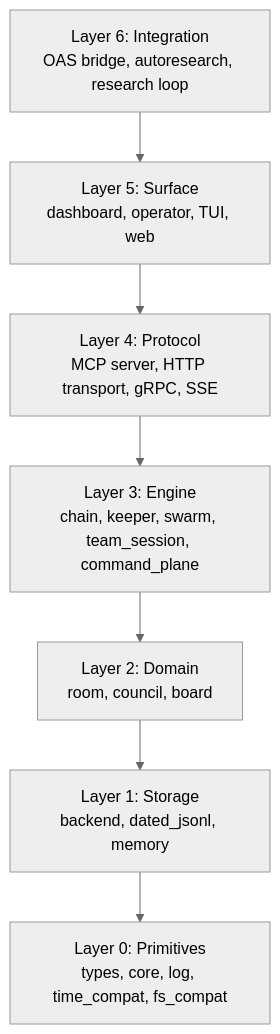
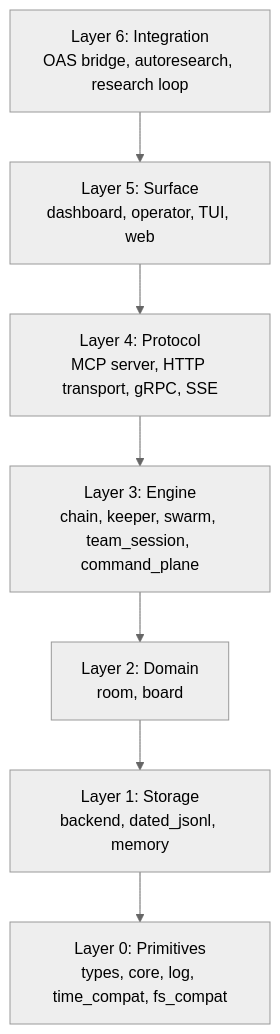
One commit to jeong-sik/masc changed the diagram in docs/spec/SPEC-INDEX.md. Above: the diagram before and after it, drawn with Mermaid (neutral theme). The commit also changed other lines of this file and 51 other files, not shown here.

````diff
--- a/docs/spec/SPEC-INDEX.md
+++ b/docs/spec/SPEC-INDEX.md
@@ -28,17 +28,17 @@
 ```mermaid
 graph TB
     L6["Layer 6: Integration<br/>OAS bridge, autoresearch, research loop"]
     L5["Layer 5: Surface<br/>dashboard, operator, TUI, web"]
     L4["Layer 4: Protocol<br/>MCP server, HTTP transport, gRPC, SSE"]
     L3["Layer 3: Engine<br/>chain, keeper, swarm, team_session, command_plane"]
-    L2["Layer 2: Domain<br/>room, council, board"]
+    L2["Layer 2: Domain<br/>room, board"]
     L1["Layer 1: Storage<br/>backend, dated_jsonl, memory"]
     L0["Layer 0: Primitives<br/>types, core, log, time_compat, fs_compat"]
 
     L6 --> L5
     L5 --> L4
     L4 --> L3
     L3 --> L2
     L2 --> L1
     L1 --> L0
 ```
````
